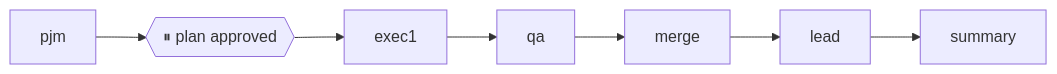
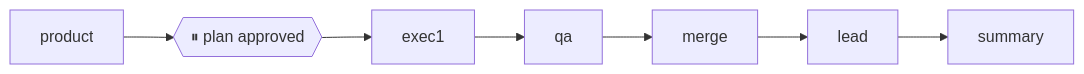
The diagram in templates/summary.md (irfanguvian/team-irfan), drawn with Mermaid before and after one commit. The commit also changed other lines of this file and 21 other files, not shown here.

Commit message:
v3: phase 1 — merge PM+PjM into Product, one plan artifact, roster/graph/checks migrated

````diff
--- a/templates/summary.md
+++ b/templates/summary.md
@@ -48,4 +46,4 @@
 ```mermaid
 flowchart LR
-    pjm --> gate{{"⏸ plan approved"}} --> exec1 --> qa --> merge --> lead --> summary
+    product --> gate{{"⏸ plan approved"}} --> exec1 --> qa --> merge --> lead --> summary
 ```
````
